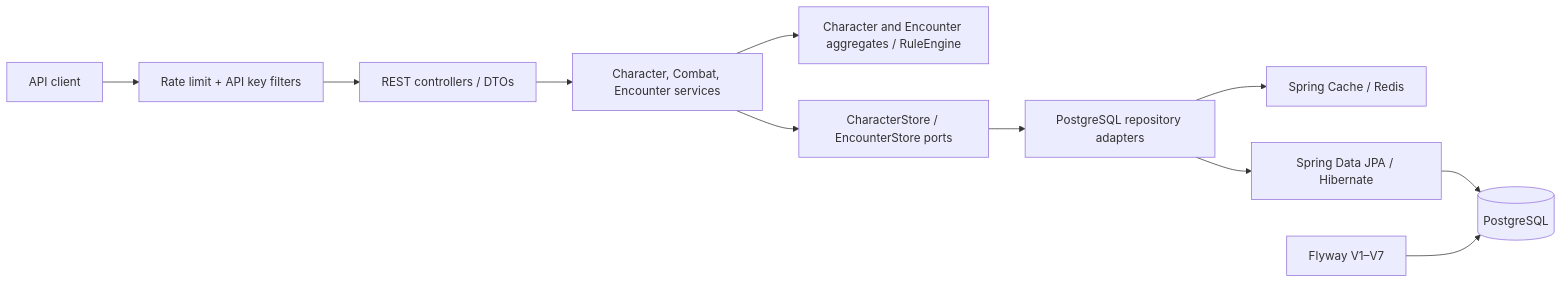
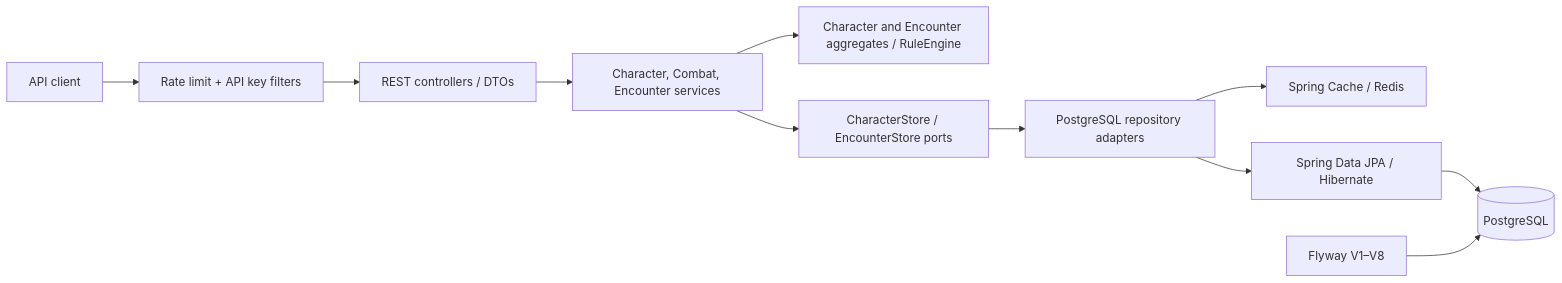
One commit to shaig-mahmudov/themis-engine changed the diagram in docs/PROJECT_REPORT.md. Above: the diagram before and after it, drawn with Mermaid. The commit also changed other lines of this file and 3 other files, not shown here.

Commit message:
docs: update project report, roadmap, and walkthrough for Phase 9 & 10

````diff
--- a/docs/PROJECT_REPORT.md
+++ b/docs/PROJECT_REPORT.md
@@ -84,13 +86,13 @@
 ```mermaid
 flowchart LR
     Client["API client"] --> Filters["Rate limit + API key filters"]
     Filters --> Controllers["REST controllers / DTOs"]
     Controllers --> Services["Character, Combat, Encounter services"]
     Services --> Domain["Character and Encounter aggregates / RuleEngine"]
     Services --> Ports["CharacterStore / EncounterStore ports"]
     Ports --> Adapters["PostgreSQL repository adapters"]
     Adapters --> Cache["Spring Cache / Redis"]
     Adapters --> JPA["Spring Data JPA / Hibernate"]
     JPA --> PostgreSQL[(PostgreSQL)]
-    Flyway["Flyway V1–V7"] --> PostgreSQL
+    Flyway["Flyway V1–V8"] --> PostgreSQL
 ```
````
